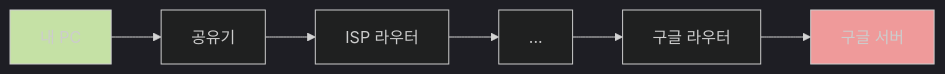
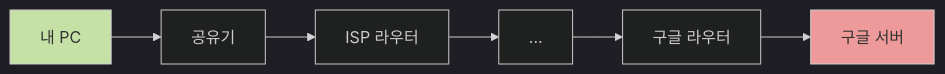
Before and after one commit to Cllaude99/cllaude99_labs: the ninth of 9 diagrams in apps/devblog/content/posts/input.mdx, drawn with Mermaid. The commit also changed other lines of this file, not shown here.

````diff
--- a/apps/devblog/content/posts/input.mdx
+++ b/apps/devblog/content/posts/input.mdx
@@ -269,12 +269,12 @@
 ```mermaid
 %%{init: {'theme':'dark'}}%%
 graph LR
     PC["내 PC"] --> R1["공유기"]
     R1 --> R2["ISP 라우터"]
     R2 --> R3["..."]
     R3 --> R4["구글 라우터"]
     R4 --> Server["구글 서버"]
 
-    style PC fill:#c5e1a5
-    style Server fill:#ef9a9a
+    style PC fill:#c5e1a5,color:#333
+    style Server fill:#ef9a9a,color:#333
 ```
````
